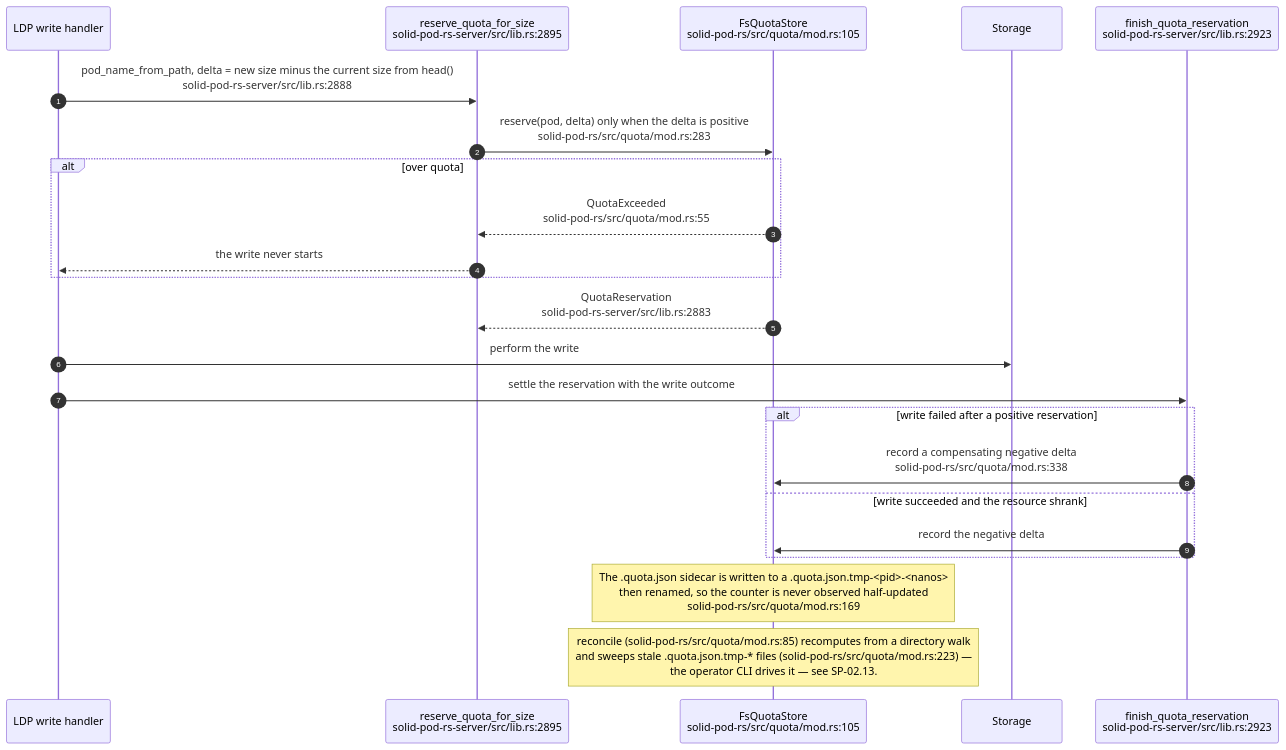
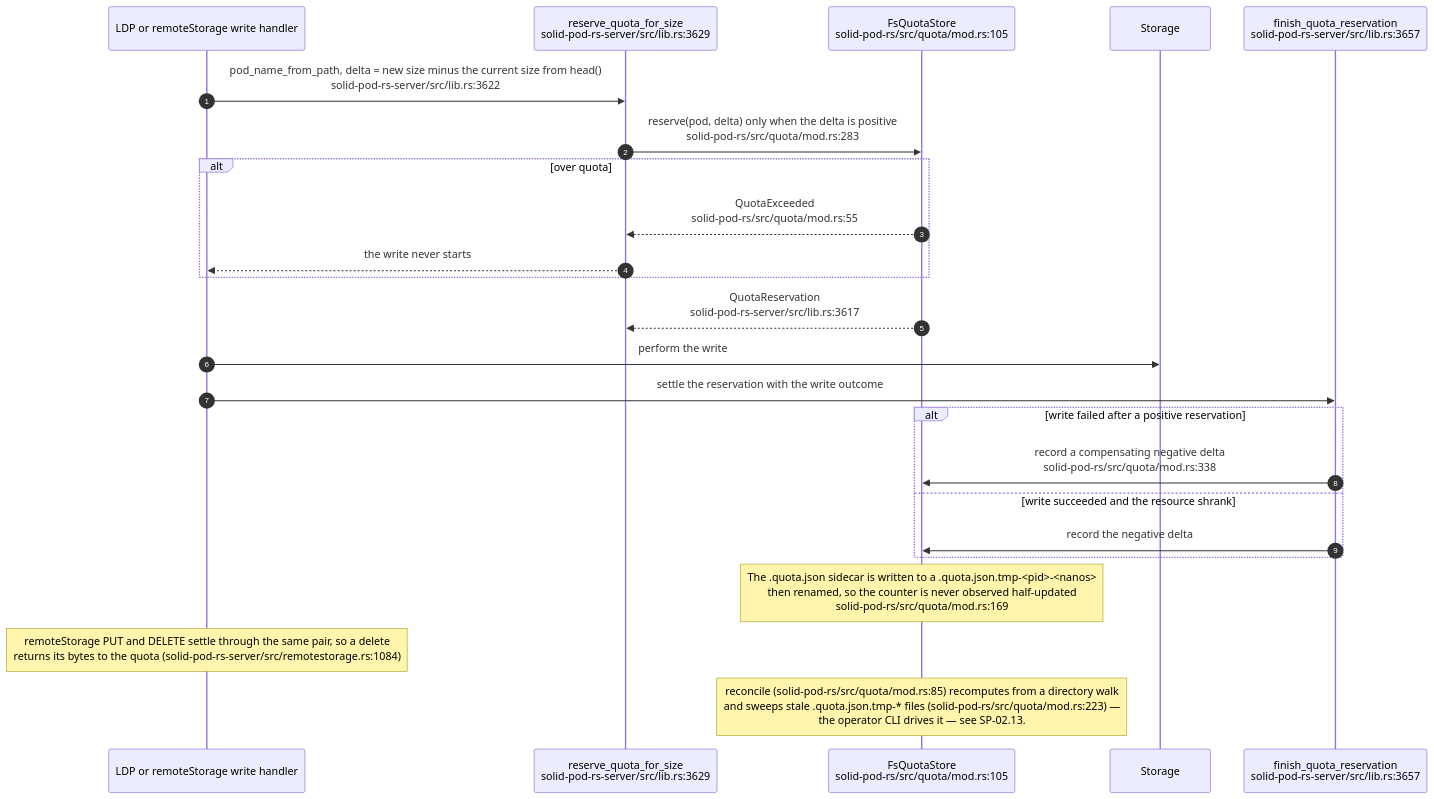
Before and after one commit to DreamLab-AI/VisionFlow: the sixth of 12 diagrams in docs/diagrams/solid-pod-rs/06-storage-quota-and-git-pods.md, drawn with Mermaid. The commit also changed other lines of this file and 1 other file, not shown here.

First line of the commit message:
docs(diagrams): SP-02, SP-06 re-verified at solid-pod-rs a28a748

````diff
--- a/docs/diagrams/solid-pod-rs/06-storage-quota-and-git-pods.md
+++ b/docs/diagrams/solid-pod-rs/06-storage-quota-and-git-pods.md
@@ -145,26 +188,27 @@
 ```mermaid
 sequenceDiagram
     autonumber
-    participant H as LDP write handler
-    participant RQ as reserve_quota_for_size<br/>solid-pod-rs-server/src/lib.rs:2895
+    participant H as LDP or remoteStorage write handler
+    participant RQ as reserve_quota_for_size<br/>solid-pod-rs-server/src/lib.rs:3629
     participant Q as FsQuotaStore<br/>solid-pod-rs/src/quota/mod.rs:105
     participant S as Storage
-    participant FQ as finish_quota_reservation<br/>solid-pod-rs-server/src/lib.rs:2923
+    participant FQ as finish_quota_reservation<br/>solid-pod-rs-server/src/lib.rs:3657
 
-    H->>RQ: pod_name_from_path, delta = new size minus the current size from head()<br/>solid-pod-rs-server/src/lib.rs:2888
+    H->>RQ: pod_name_from_path, delta = new size minus the current size from head()<br/>solid-pod-rs-server/src/lib.rs:3622
     RQ->>Q: reserve(pod, delta) only when the delta is positive<br/>solid-pod-rs/src/quota/mod.rs:283
     alt over quota
         Q-->>RQ: QuotaExceeded<br/>solid-pod-rs/src/quota/mod.rs:55
         RQ-->>H: the write never starts
     end
-    Q-->>RQ: QuotaReservation<br/>solid-pod-rs-server/src/lib.rs:2883
+    Q-->>RQ: QuotaReservation<br/>solid-pod-rs-server/src/lib.rs:3617
     H->>S: perform the write
     H->>FQ: settle the reservation with the write outcome
     alt write failed after a positive reservation
         FQ->>Q: record a compensating negative delta<br/>solid-pod-rs/src/quota/mod.rs:338
     else write succeeded and the resource shrank
         FQ->>Q: record the negative delta
     end
     Note over Q: The .quota.json sidecar is written to a .quota.json.tmp-<pid>-<nanos><br/>then renamed, so the counter is never observed half-updated<br/>solid-pod-rs/src/quota/mod.rs:169
+    Note over H: remoteStorage PUT and DELETE settle through the same pair, so a delete<br/>returns its bytes to the quota (solid-pod-rs-server/src/remotestorage.rs:1084)
     Note over Q: reconcile (solid-pod-rs/src/quota/mod.rs:85) recomputes from a directory walk<br/>and sweeps stale .quota.json.tmp-* files (solid-pod-rs/src/quota/mod.rs:223) —<br/>the operator CLI drives it — see SP-02.13.
 ```
````
